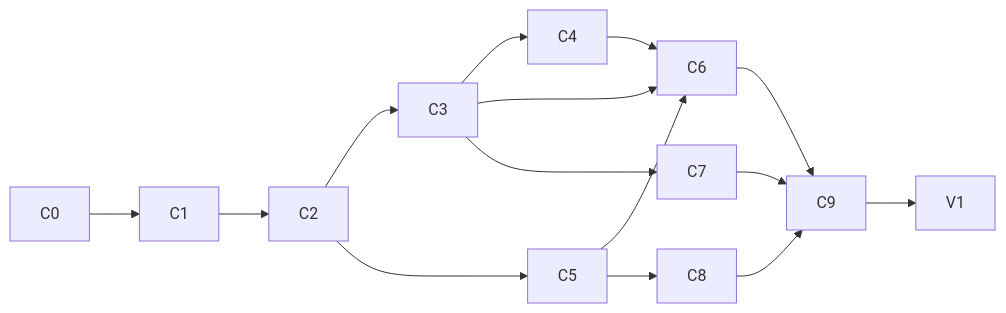
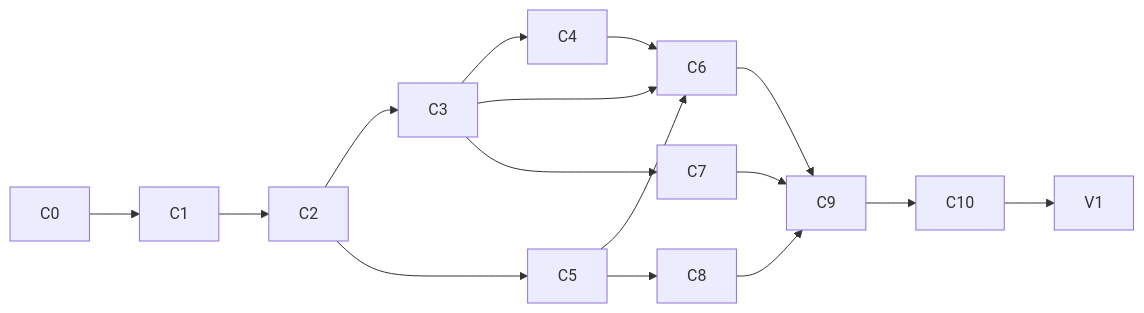
Before and after one commit to CTRL-Neo-Studios/vertex: the diagram in plans/Canvas Plan.md, drawn with Mermaid. The commit also changed other lines of this file, not shown here.

````diff
--- a/plans/Canvas Plan.md
+++ b/plans/Canvas Plan.md
@@ -28,14 +28,15 @@
 ```mermaid
 flowchart LR
   C0 --> C1 --> C2 --> C3 --> C4
   C2 --> C5
   C3 --> C6
   C4 --> C6
   C5 --> C6
   C3 --> C7
   C5 --> C8
   C6 --> C9
   C7 --> C9
   C8 --> C9
-  C9 --> V1
+  C9 --> C10
+  C10 --> V1
 ```
````
